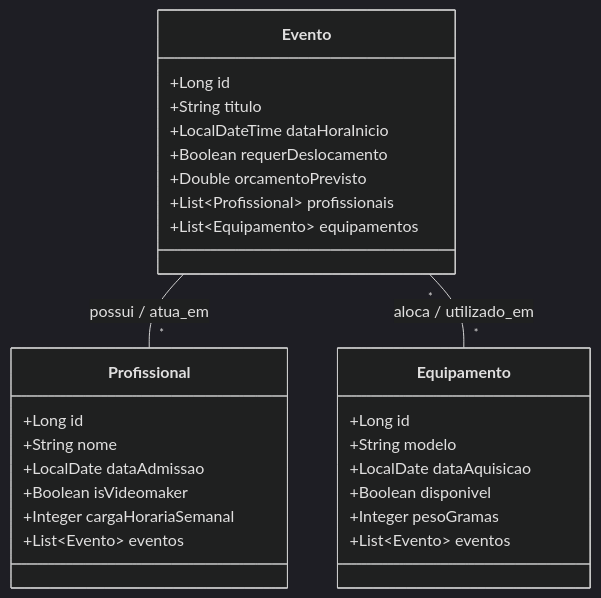
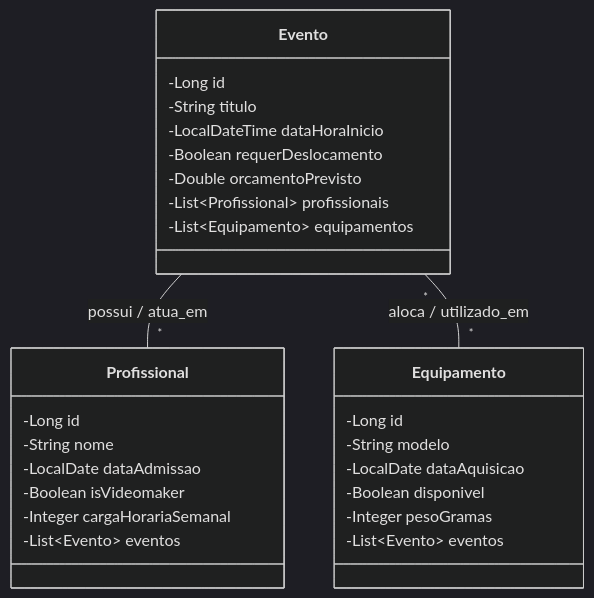
Before and after one commit to JoaoManoelSilvaMorais/GerenciadorDeAgendasSECOM: the diagram in README.md, drawn with Mermaid (dark theme).

Commit message:
Change visibility of class attributes in README

````diff
--- a/README.md
+++ b/README.md
@@ -5,36 +5,36 @@
 ```mermaid
 classDiagram
     direction TB
 
     class Profissional {
-        +Long id
-        +String nome
-        +LocalDate dataAdmissao
-        +Boolean isVideomaker
-        +Integer cargaHorariaSemanal
-        +List~Evento~ eventos
+        -Long id
+        -String nome
+        -LocalDate dataAdmissao
+        -Boolean isVideomaker
+        -Integer cargaHorariaSemanal
+        -List~Evento~ eventos
     }
 
     class Evento {
-        +Long id
-        +String titulo
-        +LocalDateTime dataHoraInicio
-        +Boolean requerDeslocamento
-        +Double orcamentoPrevisto
-        +List~Profissional~ profissionais
-        +List~Equipamento~ equipamentos
+        -Long id
+        -String titulo
+        -LocalDateTime dataHoraInicio
+        -Boolean requerDeslocamento
+        -Double orcamentoPrevisto
+        -List~Profissional~ profissionais
+        -List~Equipamento~ equipamentos
     }
 
     class Equipamento {
-        +Long id
-        +String modelo
-        +LocalDate dataAquisicao
-        +Boolean disponivel
-        +Integer pesoGramas
-        +List~Evento~ eventos
+        -Long id
+        -String modelo
+        -LocalDate dataAquisicao
+        -Boolean disponivel
+        -Integer pesoGramas
+        -List~Evento~ eventos
     }
 
     %% Relacionamentos N:N mapeados nas listas
     Evento "*" -- "*" Profissional : possui / atua_em
     Evento "*" -- "*" Equipamento : aloca / utilizado_em
 ```
````
